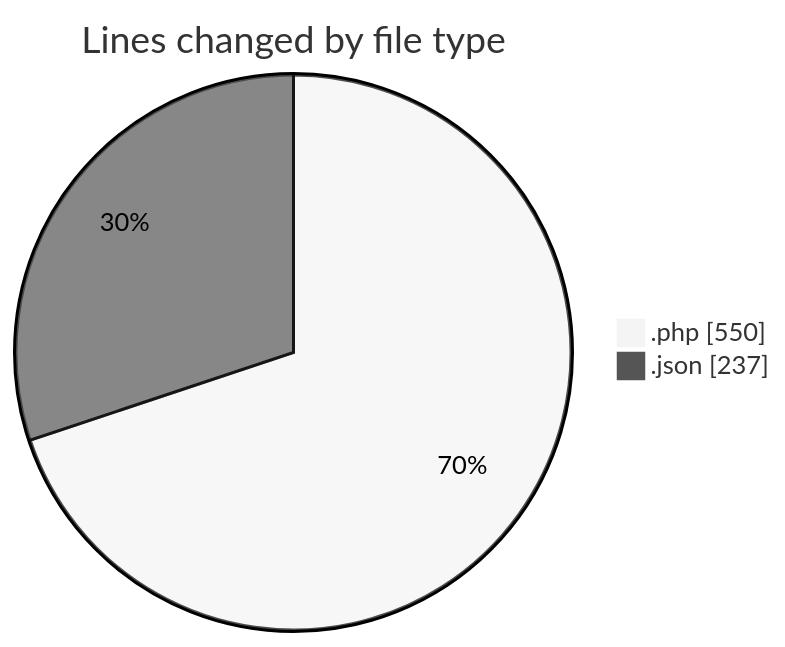
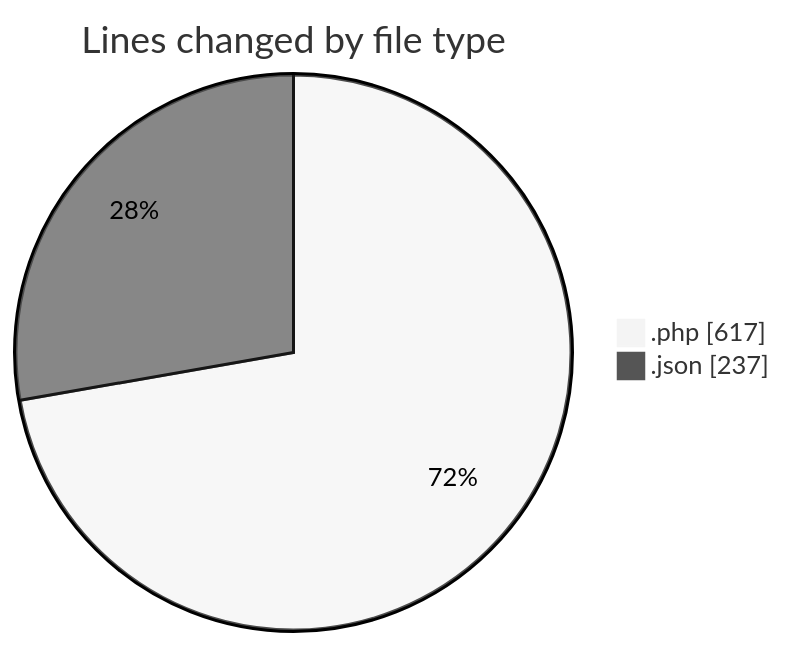
One commit to idhammustaqopulfikri/code-tracking changed the first of 2 diagrams in 2025-06-09/studio-backend/README.md. Above: the diagram before and after it, drawn with Mermaid (neutral theme). The commit also changed other lines of this file and 1 other file, not shown here.

````diff
--- a/2025-06-09/studio-backend/README.md
+++ b/2025-06-09/studio-backend/README.md
@@ -25,6 +26,6 @@
 ```mermaid
 pie showData
 title Lines changed by file type
-".php" : 550
+".php" : 617
 ".json" : 237
 ```
````
